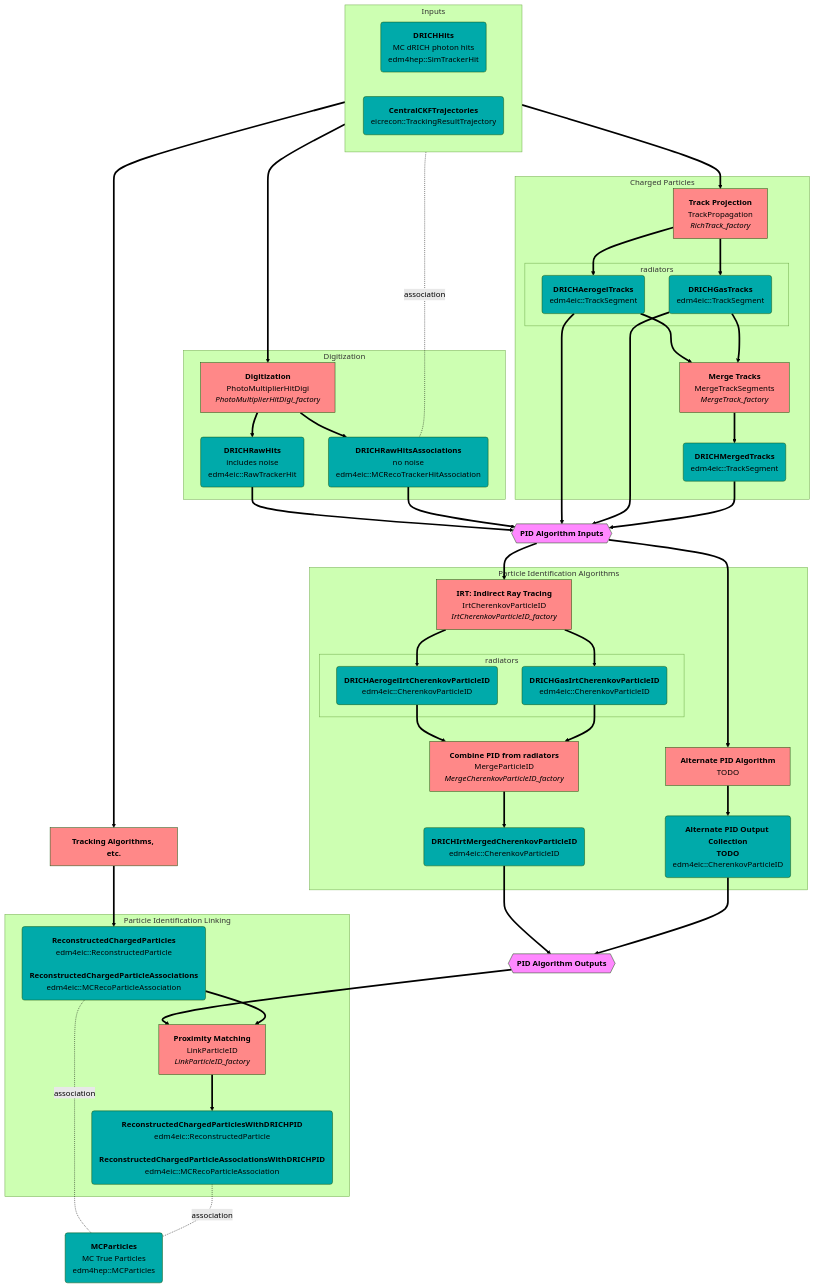
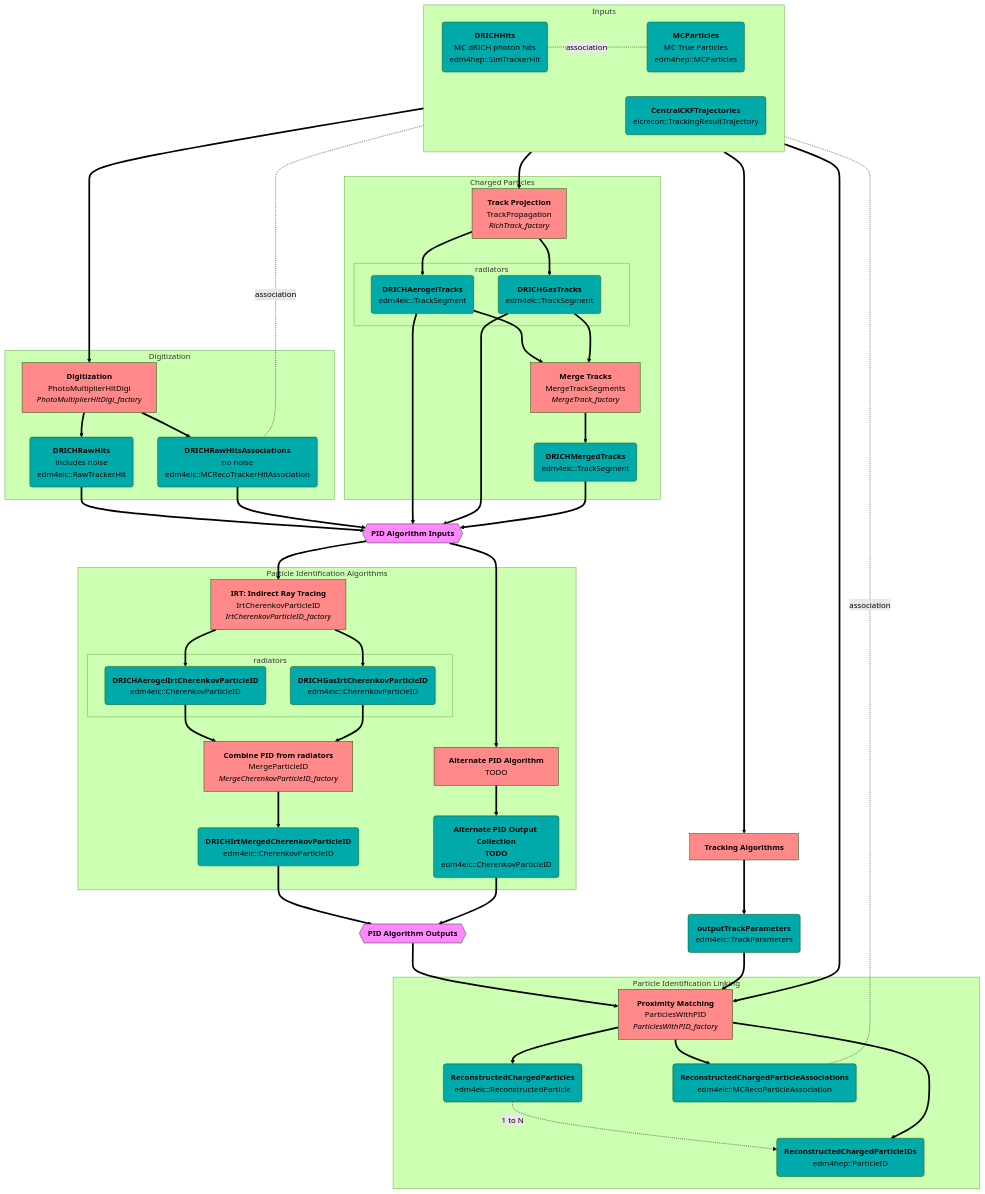
Before and after one commit to eic/EICrecon: the second of 5 diagrams in src/detectors/DRICH/README.md, drawn with Mermaid (forest theme).

````diff
--- a/src/detectors/DRICH/README.md
+++ b/src/detectors/DRICH/README.md
@@ -27,6 +27,7 @@
     direction LR
     SimHits(<strong>DRICHHits</strong><br/>MC dRICH photon hits<br/>edm4hep::SimTrackerHit):::col
     Trajectories(<strong>CentralCKFTrajectories</strong><br/>eicrecon::TrackingResultTrajectory):::col
+    MCParts(<strong>MCParticles</strong><br/>MC True Particles<br/>edm4hep::MCParticles):::col
   end
 
   subgraph Digitization
@@ -36,7 +37,6 @@
   end
 
   subgraph Charged Particles
-
     PropagatorAlg[<strong>Track Projection</strong><br/>TrackPropagation<br/><i>RichTrack_factory</i>]:::alg
     subgraph rad1 [radiators]
       AerogelTracks(<strong>DRICHAerogelTracks</strong><br/>edm4eic::TrackSegment):::col
@@ -68,16 +68,17 @@
 
   PIDOutputs{{<strong>PID Algorithm Outputs</strong>}}:::misc
 
-  TrackingAlgos[<strong>Tracking Algorithms, etc.</strong>]:::alg
+  TrackingAlgos[<strong>Tracking Algorithms</strong>]:::alg
+  TrackParameters(<strong>outputTrackParameters</strong><br/>edm4eic::TrackParameters):::col
 
   subgraph Particle Identification Linking
-    ReconParts(<strong>ReconstructedChargedParticles</strong><br/>edm4eic::ReconstructedParticle<br/><br/><strong>ReconstructedChargedParticleAssociations</strong><br/>edm4eic::MCRecoParticleAssociation):::col
+    ProxMatch[<strong>Proximity Matching</strong><br/>ParticlesWithPID<br/><i>ParticlesWithPID_factory</i>]:::alg
 
-    ProxMatch[<strong>Proximity Matching</strong><br/>LinkParticleID<br/><i>LinkParticleID_factory</i>]:::alg
-    ReconPartsWithPID(<strong>ReconstructedChargedParticlesWithDRICHPID</strong><br/>edm4eic::ReconstructedParticle<br/><br/><strong>ReconstructedChargedParticleAssociationsWithDRICHPID</strong><br/>edm4eic::MCRecoParticleAssociation):::col
+    ReconParts(<strong>ReconstructedChargedParticles</strong><br/>edm4eic::ReconstructedParticle):::col
+    ReconAssocs(<strong>ReconstructedChargedParticleAssociations</strong><br/>edm4eic::MCRecoParticleAssociation):::col
+    ReconPIDs(<strong>ReconstructedChargedParticleIDs</strong><br/>edm4hep::ParticleID):::col
   end
 
-  MCParts(<strong>MCParticles</strong><br/>MC True Particles<br/>edm4hep::MCParticles):::col
 
   %%-----------------
   %% Edges
@@ -88,6 +89,7 @@
   DigiAlg ==> RawHits
   DigiAlg ==> HitAssocs
   SimHits -.association.- HitAssocs
+  SimHits -.association.- MCParts
 
   %% tracking
   Trajectories   ==> PropagatorAlg
@@ -114,8 +116,11 @@
   PIDInputs     ==> AlternatePIDAlgo ==> AlternatePID ==> PIDOutputs
 
   %% linking
-  Trajectories ==> TrackingAlgos ==> ReconParts -.association.- MCParts
-  PIDOutputs   ==> ProxMatch
-  ReconParts   ==> ProxMatch
-  ProxMatch    ==> ReconPartsWithPID -.association.- MCParts
+  Trajectories ==> TrackingAlgos ==> TrackParameters
+  PIDOutputs      ==> ProxMatch
+  TrackParameters ==> ProxMatch
+  MCParts         ==> ProxMatch
+  ProxMatch ==> ReconParts -.1 to N.-> ReconPIDs
+  ProxMatch ==> ReconAssocs -.association.- MCParts
+  ProxMatch ==> ReconPIDs
 ```
````
